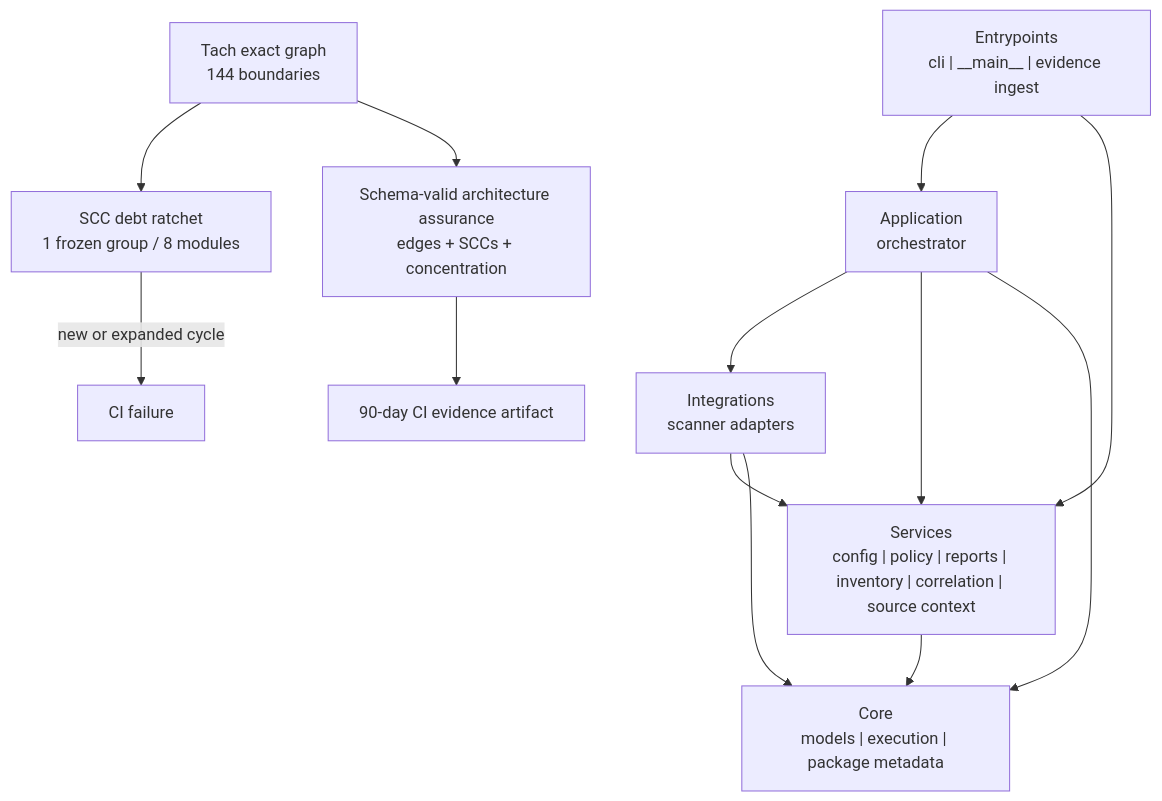
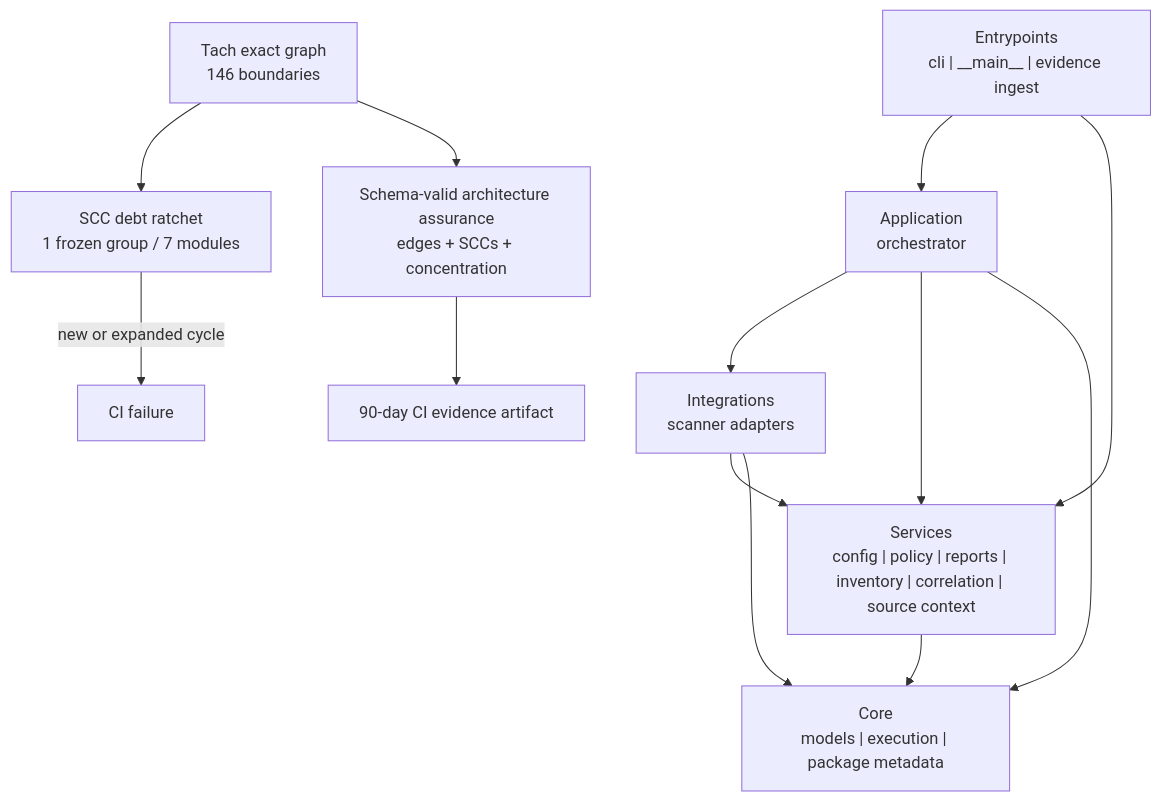
One commit to willtran87/project-py-security-suite changed diagram 11 of 20 in docs/design.md. Above: the diagram before and after it, drawn with Mermaid. The commit also changed other lines of this file and 68 other files, not shown here.

````diff
--- a/docs/design.md
+++ b/docs/design.md
@@ -567,15 +574,15 @@
 ```mermaid
 flowchart TB
     Entry["Entrypoints<br/>cli | __main__ | evidence ingest"] --> Application["Application<br/>orchestrator"]
     Entry --> Services["Services<br/>config | policy | reports | inventory | correlation | source context"]
     Application --> Integrations["Integrations<br/>scanner adapters"]
     Application --> Services
     Application --> Core["Core<br/>models | execution | package metadata"]
     Integrations --> Services
     Integrations --> Core
     Services --> Core
-    Graph["Tach exact graph<br/>144 boundaries"] --> Debt["SCC debt ratchet<br/>1 frozen group / 8 modules"]
+    Graph["Tach exact graph<br/>146 boundaries"] --> Debt["SCC debt ratchet<br/>1 frozen group / 7 modules"]
     Debt -->|new or expanded cycle| Fail["CI failure"]
     Graph --> Evidence["Schema-valid architecture assurance<br/>edges + SCCs + concentration"]
     Evidence --> Artifact["90-day CI evidence artifact"]
 ```
````
